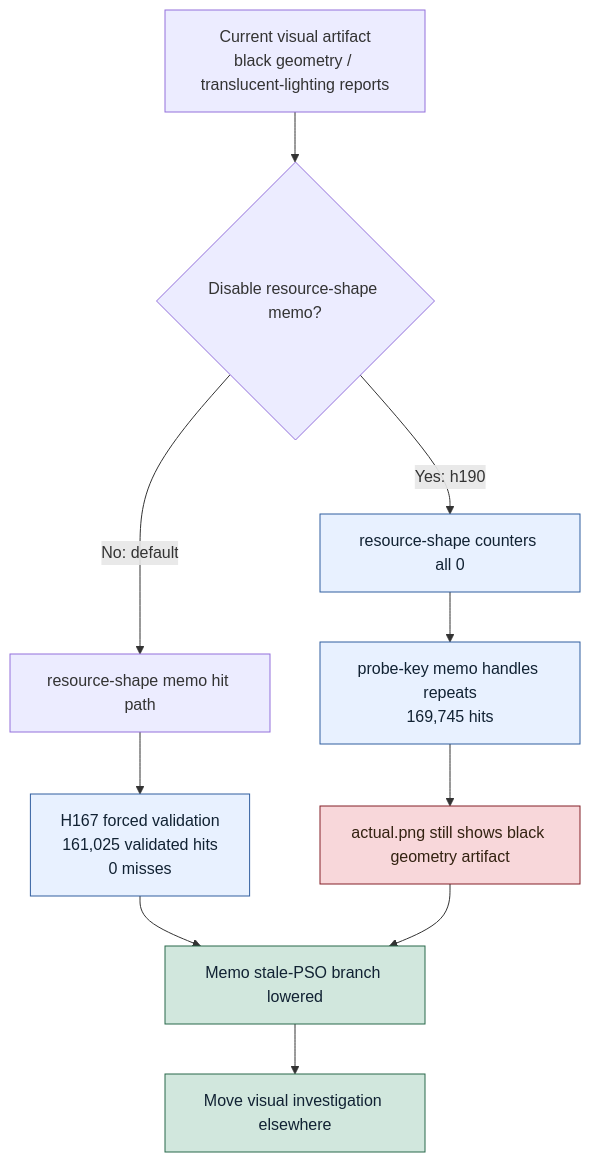
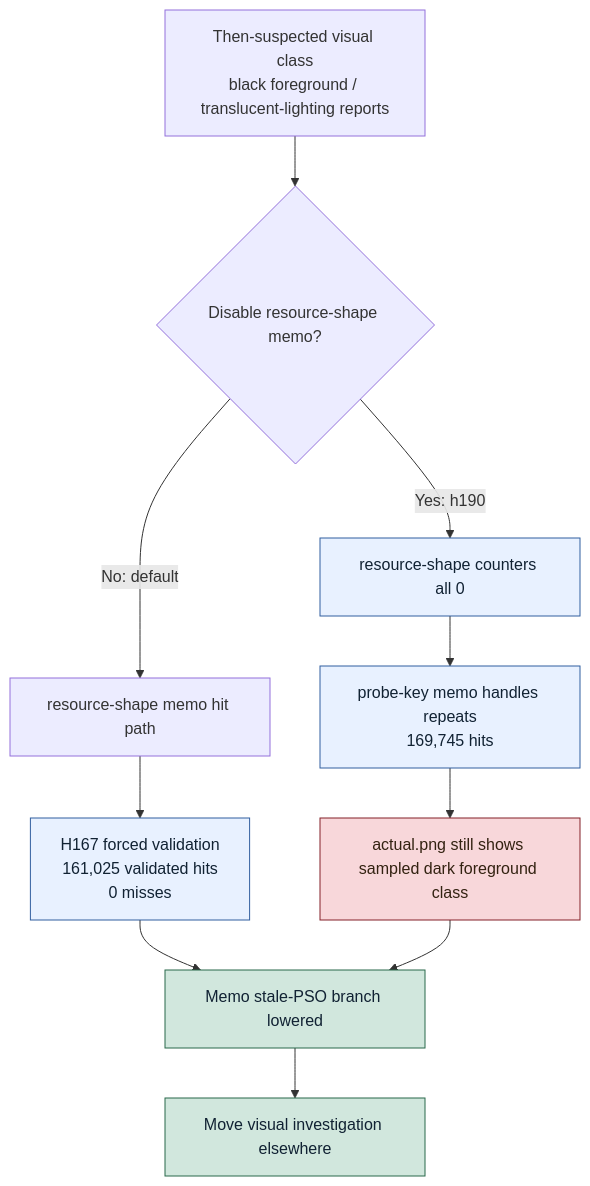
The diagram in docs/perfomance/state-churn-encode/state-churn-encode-encode-phase.168.md (dfdgsdfg/dxmt9), drawn with Mermaid before and after one commit. The commit also changed other lines of this file and 56 other files, not shown here.

````diff
--- a/docs/perfomance/state-churn-encode/state-churn-encode-encode-phase.168.md
+++ b/docs/perfomance/state-churn-encode/state-churn-encode-encode-phase.168.md
@@ -105,22 +108,22 @@
 ```mermaid
 flowchart TD
-  A["Current visual artifact\nblack geometry / translucent-lighting reports"] --> B{"Disable resource-shape memo?"}
+  A["Then-suspected visual class\nblack foreground / translucent-lighting reports"] --> B{"Disable resource-shape memo?"}
 
   B -- "No: default" --> C["resource-shape memo hit path"]
   C --> D["H167 forced validation\n161,025 validated hits\n0 misses"]
 
   B -- "Yes: h190" --> E["resource-shape counters all 0"]
   E --> F["probe-key memo handles repeats\n169,745 hits"]
-  F --> G["actual.png still shows black geometry artifact"]
+  F --> G["actual.png still shows sampled dark foreground class"]
 
   D --> H["Memo stale-PSO branch lowered"]
   G --> H
   H --> I["Move visual investigation elsewhere"]
 
   classDef rejected fill:#f8d7da,stroke:#842029,color:#321
   classDef evidence fill:#e8f1ff,stroke:#315f9f,color:#123
   classDef next fill:#d1e7dd,stroke:#28684a,color:#123
   class G rejected
   class D,E,F evidence
   class H,I next
 ```
````
